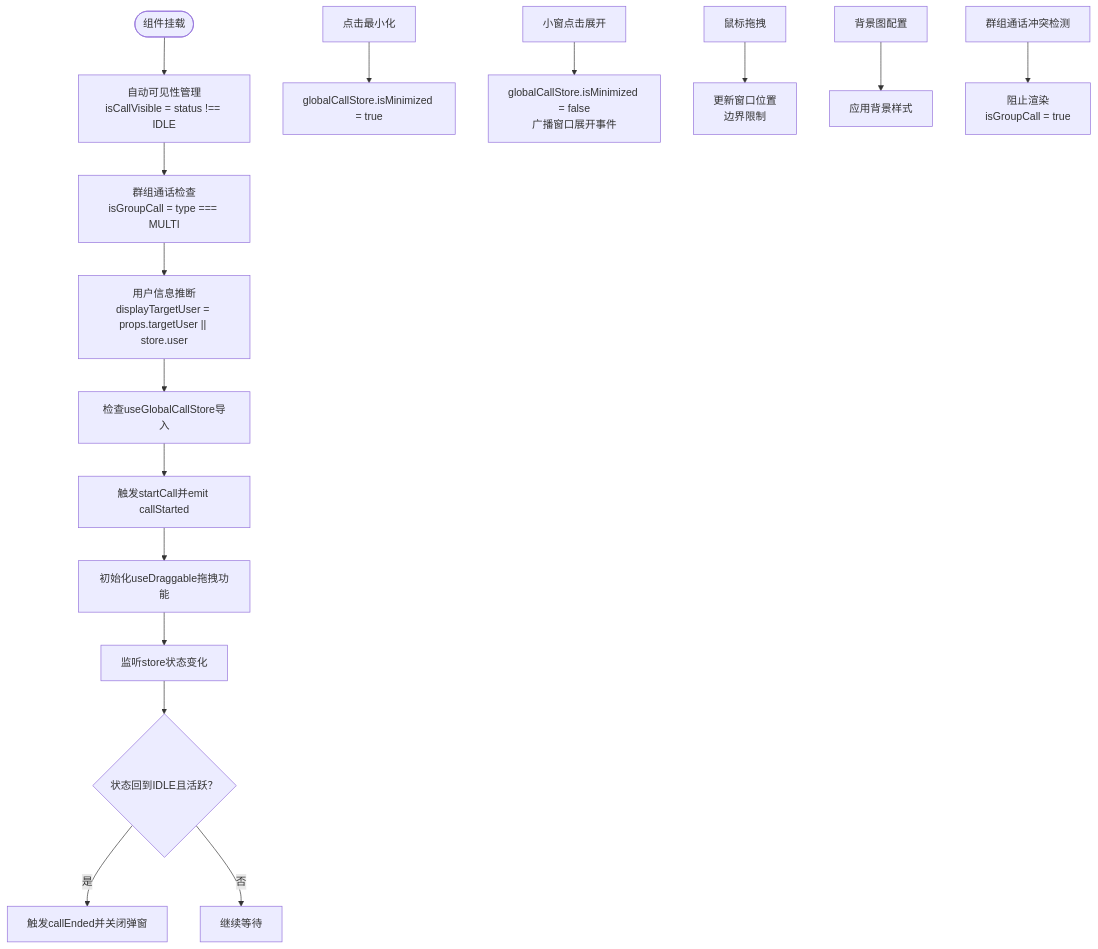
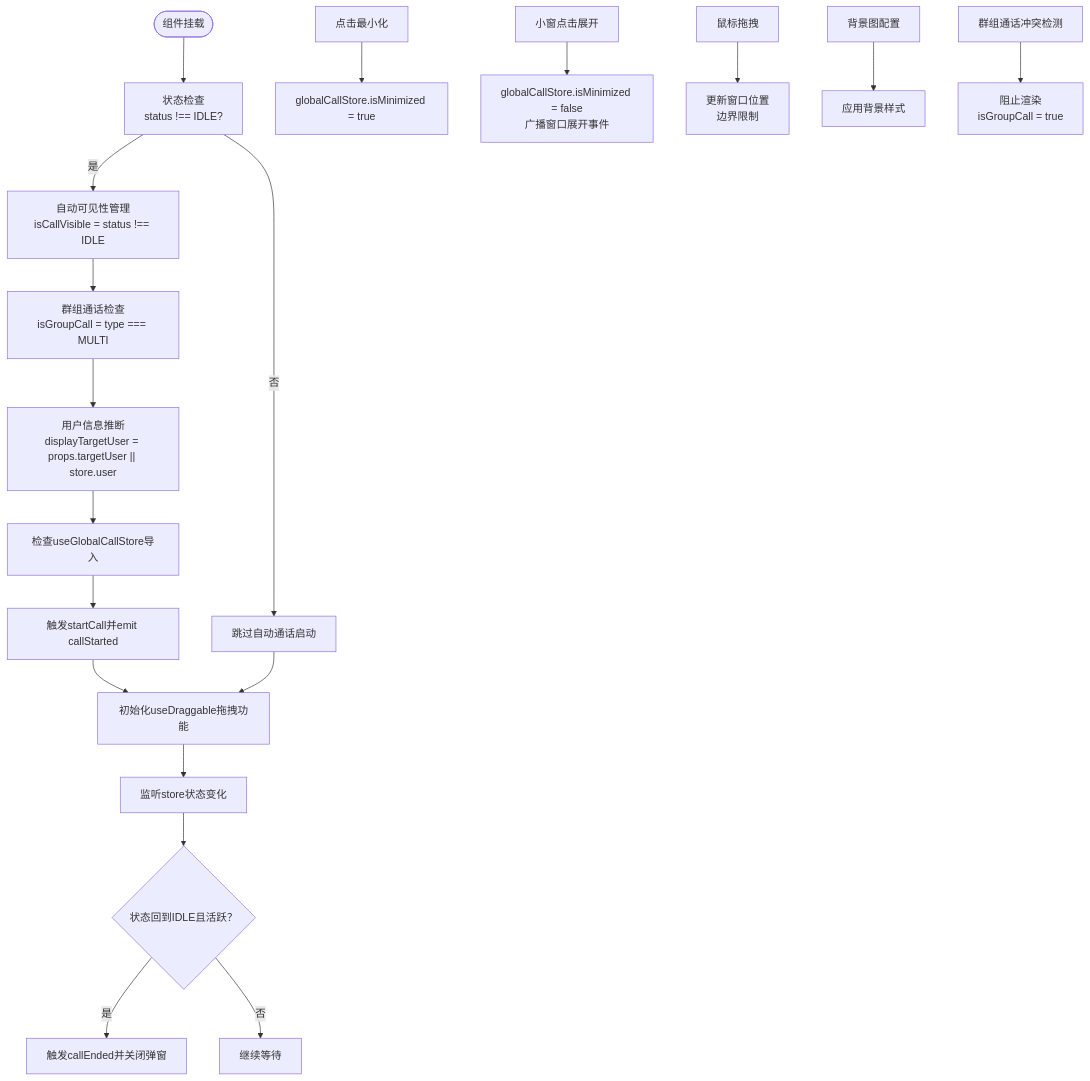
One commit to Easemob-Community/easemob-uikit-callkit-vue3 changed the third of 9 diagrams in .qoder/repowiki/zh/content/核心组件/单人通话组件/主组件 EasemobChatSingleCall.md. Above: the diagram before and after it, drawn with Mermaid. The commit also changed other lines of this file and 15 other files, not shown here.

````diff
--- a/.qoder/repowiki/zh/content/核心组件/单人通话组件/主组件 EasemobChatSingleCall.md
+++ b/.qoder/repowiki/zh/content/核心组件/单人通话组件/主组件 EasemobChatSingleCall.md
@@ -199,18 +206,21 @@
 ```mermaid
 flowchart TD
-Start(["组件挂载"]) --> AutoVisibility["自动可见性管理<br/>isCallVisible = status !== IDLE"]
+Start(["组件挂载"]) --> StateCheck["状态检查<br/>status !== IDLE?"]
+StateCheck --> |是| AutoVisibility["自动可见性管理<br/>isCallVisible = status !== IDLE"]
+StateCheck --> |否| SkipCall["跳过自动通话启动"]
 AutoVisibility --> GroupCheck["群组通话检查<br/>isGroupCall = type === MULTI"]
 GroupCheck --> UserInference["用户信息推断<br/>displayTargetUser = props.targetUser || store.user"]
 UserInference --> ImportCheck["检查useGlobalCallStore导入"]
 ImportCheck --> Init["触发startCall并emit callStarted"]
 Init --> DragInit["初始化useDraggable拖拽功能"]
+SkipCall --> DragInit
 DragInit --> Watch["监听store状态变化"]
 Watch --> StatusIdle{"状态回到IDLE且活跃？"}
 StatusIdle --> |是| EndCall["触发callEnded并关闭弹窗"]
 StatusIdle --> |否| Wait["继续等待"]
 Minimize["点击最小化"] --> SetMin["globalCallStore.isMinimized = true"]
 Expand["小窗点击展开"] --> SetMax["globalCallStore.isMinimized = false<br/>广播窗口展开事件"]
 Drag["鼠标拖拽"] --> DragMove["更新窗口位置<br/>边界限制"]
 Background["背景图配置"] --> BGStyle["应用背景样式"]
 GroupConflict["群组通话冲突检测"] --> PreventRender["阻止渲染<br/>isGroupCall = true"]
 ```
````
